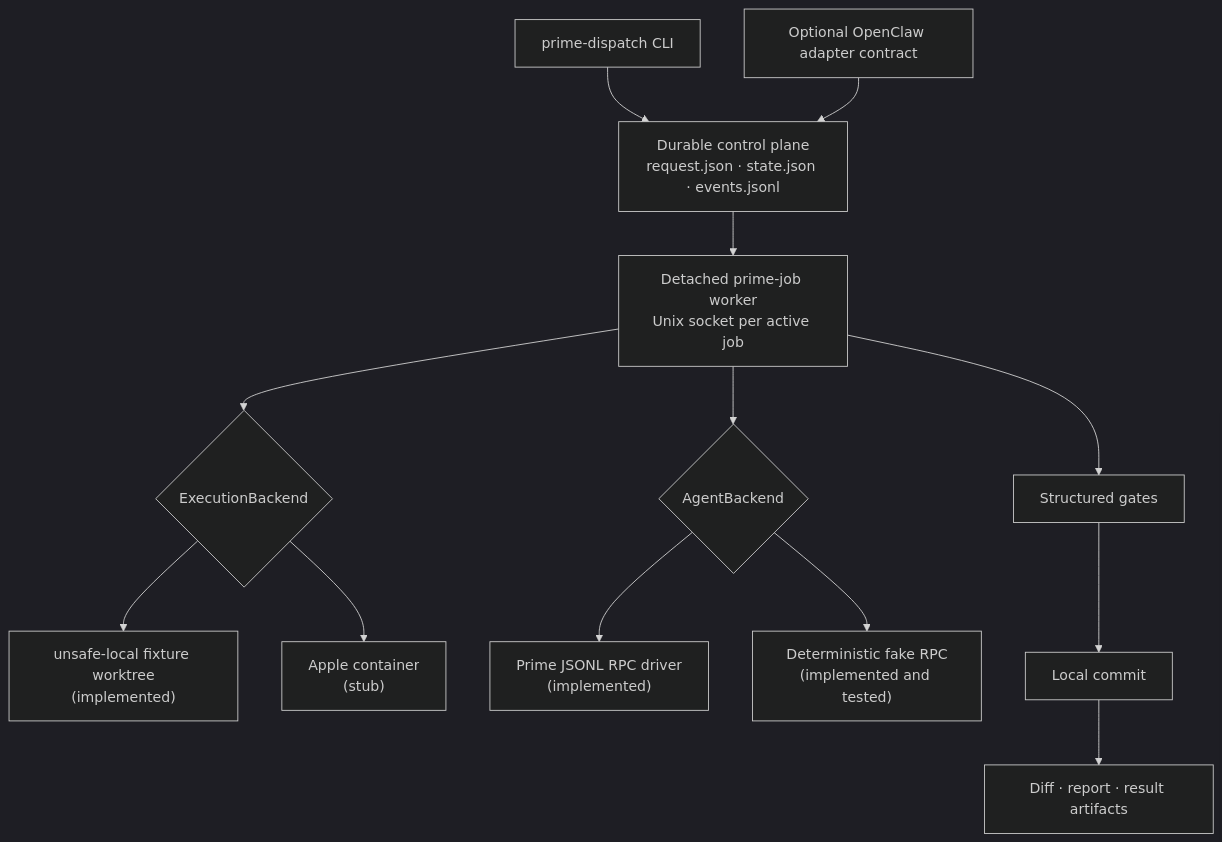
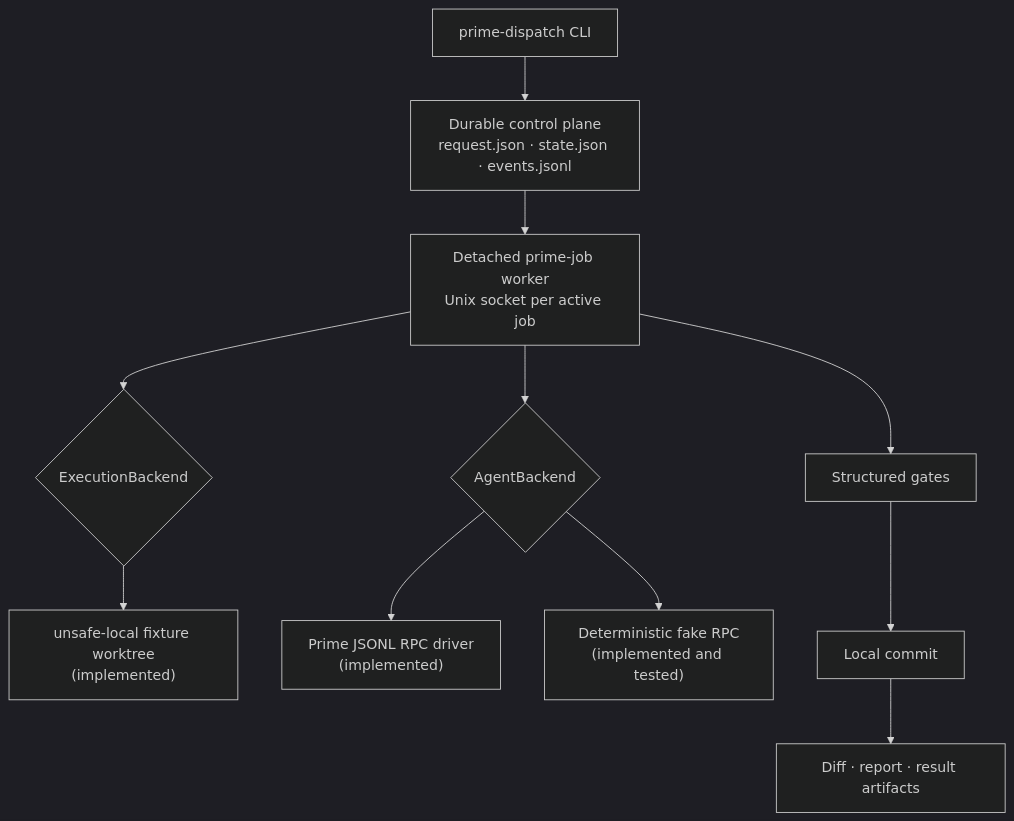
Before and after one commit to feniix/prime-agent-dispatch: the first of 2 diagrams in README.md, drawn with Mermaid (dark theme). The commit also changed other lines of this file and 14 other files, not shown here.

````diff
--- a/README.md
+++ b/README.md
@@ -32,27 +30,23 @@
 ```mermaid
 flowchart TD
     CLI["prime-dispatch CLI"]
-    OpenClaw["Optional OpenClaw adapter contract"]
     ControlPlane["Durable control plane<br/>request.json · state.json · events.jsonl"]
     Worker["Detached prime-job worker<br/>Unix socket per active job"]
     Execution{"ExecutionBackend"}
     UnsafeLocal["unsafe-local fixture worktree<br/>(implemented)"]
-    AppleContainer["Apple container<br/>(stub)"]
     Agent{"AgentBackend"}
     PrimeRpc["Prime JSONL RPC driver<br/>(implemented)"]
     FakeRpc["Deterministic fake RPC<br/>(implemented and tested)"]
     Gates["Structured gates"]
     Commit["Local commit"]
     Artifacts["Diff · report · result artifacts"]
 
     CLI --> ControlPlane
-    OpenClaw --> ControlPlane
     ControlPlane --> Worker
     Worker --> Execution
     Execution --> UnsafeLocal
-    Execution --> AppleContainer
     Worker --> Agent
     Agent --> PrimeRpc
     Agent --> FakeRpc
     Worker --> Gates --> Commit --> Artifacts
 ```
````
